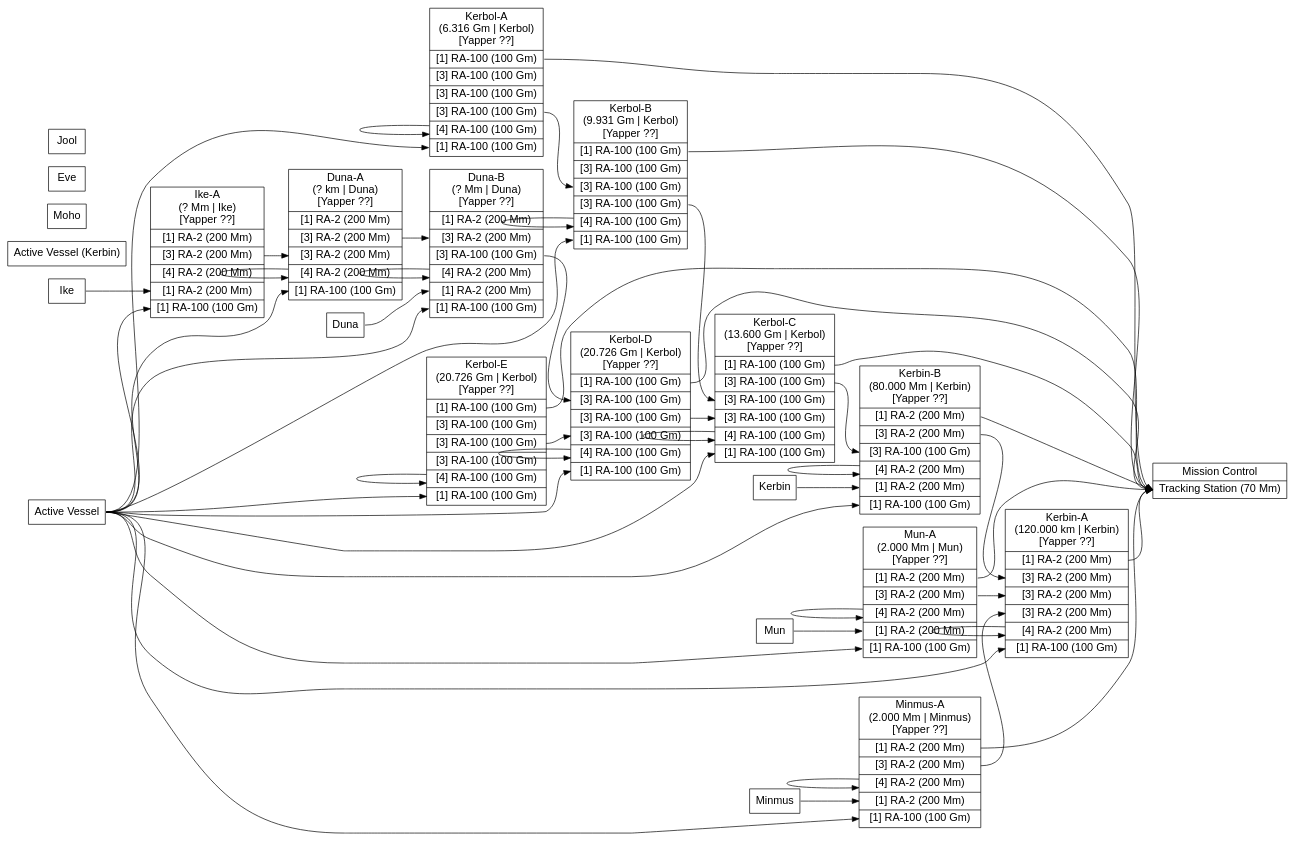
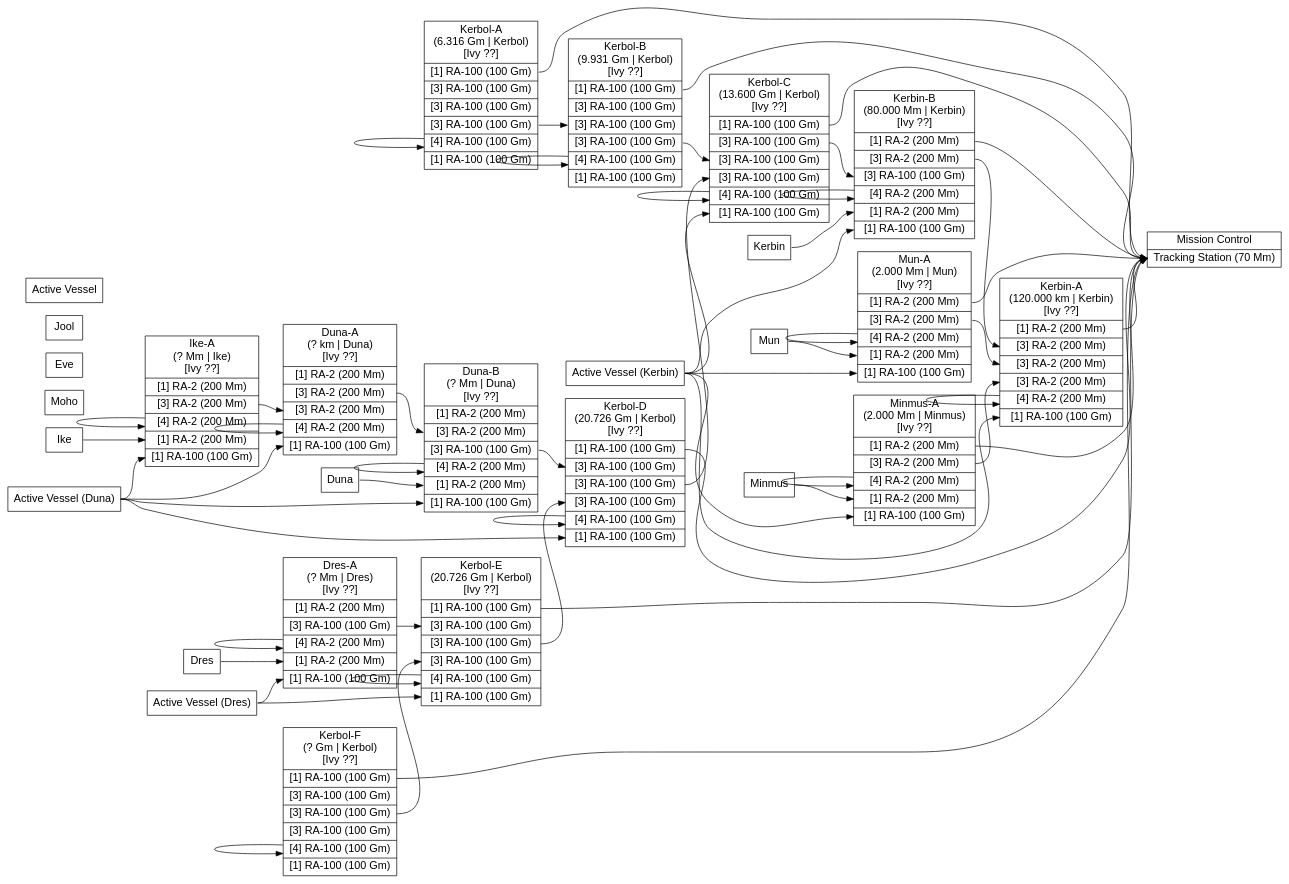
One commit to wh1ter0se/VideoGameDataAnalysis changed the diagram in ksp/Grapevine-V1.dot. Above: the diagram before and after it, drawn with Graphviz. The commit also changed 1 other file, not shown here.

```diff
--- a/ksp/Grapevine-V1.dot
+++ b/ksp/Grapevine-V1.dot
@@ -12,7 +12,7 @@
         "<f0> 
             Kerbol-A \n 
             (6.316 Gm \| Kerbol) \n 
-            [Yapper ??]
+            [Ivy ??]
         | <mission_control> 
             [1] RA-100 (100 Gm)
         | <planet_network> 
@@ -33,7 +33,7 @@
         "<f0> 
             Kerbol-B \n 
             (9.931 Gm \| Kerbol) \n 
-            [Yapper ??]
+            [Ivy ??]
         | <mission_control> 
             [1] RA-100 (100 Gm)
         | <planet_network> 
@@ -55,7 +55,7 @@
         "<f0> 
             Kerbol-C \n 
             (13.600 Gm \| Kerbol) \n 
-            [Yapper ??]
+            [Ivy ??]
         | <mission_control> 
             [1] RA-100 (100 Gm)
         | <planet_network> 
@@ -71,12 +71,12 @@
 
         ",
         shape="record",
-        group="Kerbol"];
+        group="Kerbin"];
         "Kerbin-A" [label=
             "<f0> 
                 Kerbin-A \n 
                 (120.000 km \| Kerbin) \n 
-                [Yapper ??]
+                [Ivy ??]
             | <mission_control> 
                 [1] RA-2 (200 Mm)
             | <outer_main> 
@@ -97,7 +97,7 @@
             "<f0> 
                 Kerbin-B \n 
                 (80.000 Mm \| Kerbin) \n 
-                [Yapper ??]
+                [Ivy ??]
             | <mission_control> 
                 [1] RA-2 (200 Mm)
             | <inner> 
@@ -118,7 +118,7 @@
             "<f0> 
                 Mun-A \n 
                 (2.000 Mm \| Mun) \n 
-                [Yapper ??]
+                [Ivy ??]
             | <mission_control> 
                 [1] RA-2 (200 Mm)
             | <inner> 
@@ -137,7 +137,7 @@
             "<f0> 
                 Minmus-A \n 
                 (2.000 Mm \| Minmus) \n 
-                [Yapper ??]
+                [Ivy ??]
             | <mission_control> 
                 [1] RA-2 (200 Mm)
             | <inner> 
@@ -173,7 +173,8 @@
             group="Kerbin"];
         "Active_Vessel_Kerbin" [label=
             "<f0> Active Vessel (Kerbin)",
-            shape="record"];
+            shape="record",
+            group="Kerbin"];
         
 
         
@@ -181,7 +182,7 @@
         "<f0> 
             Kerbol-D \n 
             (20.726 Gm \| Kerbol) \n 
-            [Yapper ??]
+            [Ivy ??]
         | <mission_control> 
             [1] RA-100 (100 Gm)
         | <planet_network> 
@@ -197,12 +198,12 @@
 
         ",
         shape="record",
-        group="Kerbol"];
+        group="Duna"];
         "Duna-A" [label=
             "<f0> 
                 Duna-A \n 
                 (? km \| Duna) \n 
-                [Yapper ??]
+                [Ivy ??]
             | <mission_control> 
                 [1] RA-2 (200 Mm)
             | <outer_main> 
@@ -220,7 +221,7 @@
             "<f0> 
                 Duna-B \n 
                 (? Mm \| Duna) \n 
-                [Yapper ??]
+                [Ivy ??]
             | <mission_control> 
                 [1] RA-2 (200 Mm)
             | <inner> 
@@ -241,7 +242,7 @@
             "<f0> 
                 Ike-A \n 
                 (? Mm \| Ike) \n 
-                [Yapper ??]
+                [Ivy ??]
             | <mission_control> 
                 [1] RA-2 (200 Mm)
             | <inner> 
@@ -258,15 +259,69 @@
             group="Duna"];
         "Duna" [label=
             "<f0> Duna",
-            shape="record"];
+            shape="record",
+            group="Duna"];
         "Ike" [label=
             "<f0> Ike",
-            shape="record"];
+            shape="record",
+            group="Duna"];
+        "Active_Vessel_Duna" [label=
+            "<f0> Active Vessel (Duna)",
+            shape="record",
+            group="Duna"];
     "Kerbol-E" [label=
         "<f0> 
             Kerbol-E \n 
             (20.726 Gm \| Kerbol) \n 
-            [Yapper ??]
+            [Ivy ??]
+        | <mission_control> 
+            [1] RA-100 (100 Gm)
+        | <planet_network> 
+            [3] RA-100 (100 Gm)
+        | <inner> 
+            [3] RA-100 (100 Gm)
+        | <outer> 
+            [3] RA-100 (100 Gm)
+        | <loopback>
+            [4] RA-100 (100 Gm)
+        | <active_vessel>
+            [1] RA-100 (100 Gm)
+
+        ",
+        shape="record",
+        group="Dres"];
+        "Dres-A" [label=
+            "<f0> 
+                Dres-A \n 
+                (? Mm \| Dres) \n 
+                [Ivy ??]
+            | <mission_control> 
+                [1] RA-2 (200 Mm)
+            | <outer> 
+                [3] RA-100 (100 Gm)
+            | <loopback> 
+                [4] RA-2 (200 Mm)
+            | <planet_cone>
+                [1] RA-2 (200 Mm)
+            | <active_vessel>
+                [1] RA-100 (100 Gm)
+
+            ",
+            shape="record",
+            group="Dres"];
+        "Dres" [label=
+            "<f0> Dres",
+            shape="record",
+            group="Dres"];
+        "Active_Vessel_Dres" [label=
+            "<f0> Active Vessel (Dres)",
+            shape="record",
+            group="Dres"];
+    "Kerbol-F" [label=
+        "<f0> 
+            Kerbol-F \n 
+            (? Gm \| Kerbol) \n 
+            [Ivy ??]
         | <mission_control> 
             [1] RA-100 (100 Gm)
         | <planet_network> 
@@ -283,6 +338,8 @@
         ",
         shape="record",
         group="Kerbol"];
+        
+        
     "Moho" [label=
         "<f0> Moho",
         shape="record"];
@@ -297,7 +354,6 @@
         "<f0> Active Vessel",
         shape="record"];
         
-
     // Mission Control
     "Kerbol-A":mission_control:e         -> "KSC":f1:w [id=000];
     "Kerbol-B":mission_control:e         -> "KSC":f1:w [id=001];
@@ -307,16 +363,15 @@
             "Minmus-A":mission_control:e -> "KSC":f1:w [id=005];
         "Kerbin-B":mission_control:e     -> "KSC":f1:w [id=006];
     "Kerbol-D":mission_control:e         -> "KSC":f1:w [id=007];
-        // "Duna-A":mission_control:e       -> "KSC":f1:w [id=008];
-        //     "Ike-A":mission_control:e    -> "KSC":f1:w [id=004];
-        // "Duna-B":mission_control:e       -> "KSC":f1:w [id=009];
     "Kerbol-E":mission_control:e         -> "KSC":f1:w [id=008];
+    "Kerbol-F":mission_control:e         -> "KSC":f1:w [id=009];
 
     // Kerbol Inter-layer
     "Kerbol-A":outer:e -> "Kerbol-B":inner:w [id=100];
     "Kerbol-B":outer:e -> "Kerbol-C":inner:w [id=101];
     "Kerbol-D":inner:e -> "Kerbol-C":outer:w [id=102];
     "Kerbol-E":inner:e -> "Kerbol-D":outer:w [id=103];
+    "Kerbol-F":inner:e -> "Kerbol-E":outer:w [id=104];
 
     // Planetary Inter-layer
     "Kerbol-C":planet_network:e -> "Kerbin-B":outer:w          [id=200];
@@ -326,19 +381,24 @@
     "Duna-B":outer:e            -> "Kerbol-D":planet_network:w [id=204];
         "Duna-A":outer_main:e   -> "Duna-B":inner:w            [id=205];
         "Ike-A":inner:e         -> "Duna-A":outer_aux1:w       [id=206];
+    "Dres-A":outer:e            -> "Kerbol-E":planet_network:w [id=207];
+    
 
     // Loopback
     "Kerbol-A":loopback         -> "Kerbol-A":loopback [id=300];
     "Kerbol-B":loopback         -> "Kerbol-B":loopback [id=301];
     "Kerbol-C":loopback         -> "Kerbol-C":loopback [id=302];
-        "Kerbin-A":loopback     -> "Kerbin-A":loopback [id=305];
-            "Mun-A":loopback    -> "Mun-A":loopback    [id=307];
-            "Minmus-A":loopback -> "Minmus-A":loopback [id=308];
+        "Kerbin-A":loopback     -> "Kerbin-A":loopback [id=303];
+            "Mun-A":loopback    -> "Mun-A":loopback    [id=304];
+            "Minmus-A":loopback -> "Minmus-A":loopback [id=305];
         "Kerbin-B":loopback     -> "Kerbin-B":loopback [id=306];
-    "Kerbol-D":loopback         -> "Kerbol-D":loopback [id=303];
-        "Duna-A":loopback       -> "Duna-A":loopback   [id=304];
-        "Duna-B":loopback       -> "Duna-B":loopback   [id=305];
-    "Kerbol-E":loopback         -> "Kerbol-E":loopback [id=306];
+    "Kerbol-D":loopback         -> "Kerbol-D":loopback [id=307];
+        "Duna-A":loopback       -> "Duna-A":loopback   [id=308];
+            "Ike-A":loopback    -> "Ike-A":loopback    [id=309];
+        "Duna-B":loopback       -> "Duna-B":loopback   [id=310];
+    "Kerbol-E":loopback         -> "Kerbol-E":loopback [id=311];
+        "Dres-A":loopback       -> "Dres-A":loopback   [id=312];
+    "Kerbol-F":loopback         -> "Kerbol-F":loopback [id=313];
 
     // Planetary Cone
     "Kerbin":f0:e     -> "Kerbin-B":planet_cone:w [id=400];
@@ -346,18 +406,21 @@
         "Minmus":f0:e -> "Minmus-A":planet_cone:w [id=402];
     "Duna":f0:e       -> "Duna-B":planet_cone:w   [id=403];
         "Ike": f0:e   -> "Ike-A":planet_cone:w    [id=404];
+    "Dres":f0:e       -> "Dres-A":planet_cone:w   [id=405];
 
     // Active Vessel
-    "Active_Vessel":f0:e         -> "Kerbol-A":active_vessel:w [id=500];
-    "Active_Vessel":f0:e         -> "Kerbol-B":active_vessel:w [id=501];
-    "Active_Vessel":f0:e         -> "Kerbol-C":active_vessel:w [id=502];
-        "Active_Vessel":f0:e     -> "Kerbin-A":active_vessel:w [id=503];
-            "Active_Vessel":f0:e -> "Mun-A":active_vessel:w    [id=504];
-            "Active_Vessel":f0:e -> "Minmus-A":active_vessel:w [id=505];
-        "Active_Vessel":f0:e     -> "Kerbin-B":active_vessel:w [id=506];
-    "Active_Vessel":f0:e         -> "Kerbol-D":active_vessel:w [id=507];
-        "Active_Vessel":f0:e     -> "Duna-A":active_vessel:w   [id=508];
-            "Active_Vessel":f0:e -> "Ike-A":active_vessel:w    [id=509];
-        "Active_Vessel":f0:e     -> "Duna-B":active_vessel:w   [id=510];
-    "Active_Vessel":f0:e         -> "Kerbol-E":active_vessel:w [id=511];
+    // "Active_Vessel":f0:e                -> "Kerbol-A":active_vessel:w [id=500];
+    // "Active_Vessel":f0:e                -> "Kerbol-B":active_vessel:w [id=501];
+    "Active_Vessel_Kerbin":f0:e         -> "Kerbol-C":active_vessel:w [id=502];
+        "Active_Vessel_Kerbin":f0:e     -> "Kerbin-A":active_vessel:w [id=503];
+            "Active_Vessel_Kerbin":f0:e -> "Mun-A":active_vessel:w    [id=504];
+            "Active_Vessel_Kerbin":f0:e -> "Minmus-A":active_vessel:w [id=505];
+        "Active_Vessel_Kerbin":f0:e     -> "Kerbin-B":active_vessel:w [id=506];
+    "Active_Vessel_Duna":f0:e           -> "Kerbol-D":active_vessel:w [id=507];
+        "Active_Vessel_Duna":f0:e       -> "Duna-A":active_vessel:w   [id=508];
+            "Active_Vessel_Duna":f0:e   -> "Ike-A":active_vessel:w    [id=509];
+        "Active_Vessel_Duna":f0:e       -> "Duna-B":active_vessel:w   [id=510];
+    "Active_Vessel_Dres":f0:e           -> "Kerbol-E":active_vessel:w [id=511];
+        "Active_Vessel_Dres":f0:e       -> "Dres-A":active_vessel:w   [id=512];
+    // "Active_Vessel":f0:e                -> "Kerbol-F":active_vessel:w [id=513];
 }
```
